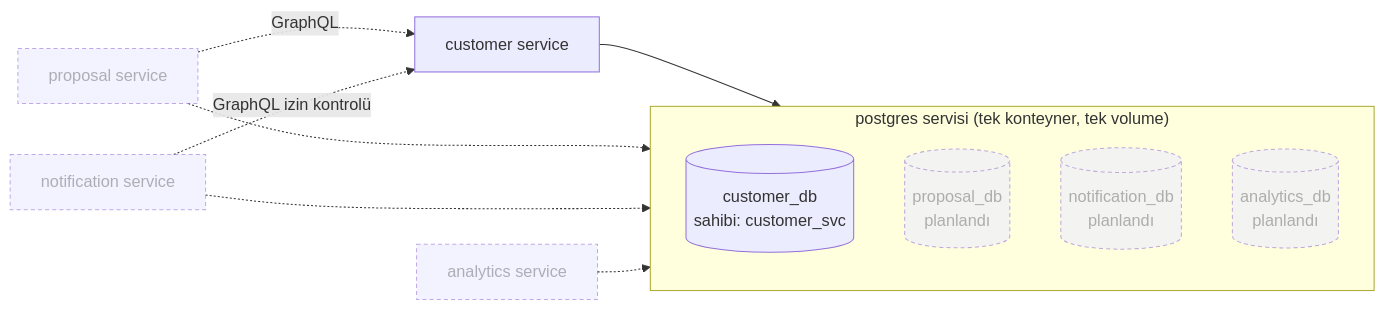
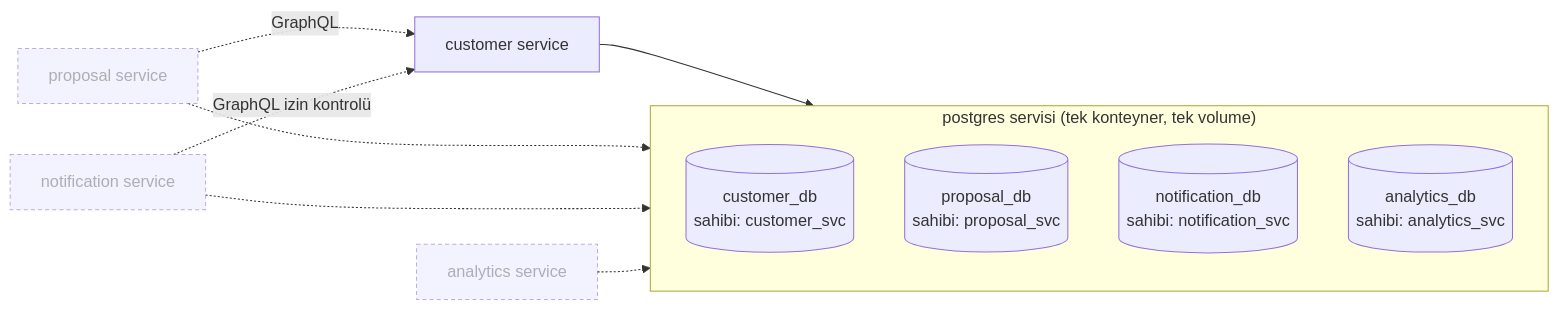
The first of 2 diagrams in docs/database-architecture.md (furknozg/coldbru), drawn with Mermaid before and after one commit. The commit also changed other lines of this file and 6 other files, not shown here.

````diff
--- a/docs/database-architecture.md
+++ b/docs/database-architecture.md
@@ -19,17 +20,17 @@
 ```mermaid
 flowchart LR
     subgraph pg["postgres servisi (tek konteyner, tek volume)"]
         direction TB
         cdb[("customer_db<br/>sahibi: customer_svc")]
-        pdb[("proposal_db<br/>planlandı")]:::planned
-        ndb[("notification_db<br/>planlandı")]:::planned
-        adb[("analytics_db<br/>planlandı")]:::planned
+        pdb[("proposal_db<br/>sahibi: proposal_svc")]
+        ndb[("notification_db<br/>sahibi: notification_svc")]
+        adb[("analytics_db<br/>sahibi: analytics_svc")]
     end
     cs["customer service"] --> cdb
     ps["proposal service"]:::planned -. "GraphQL" .-> cs
     ps -.-> pdb
     ns["notification service"]:::planned -. "GraphQL izin kontrolü" .-> cs
     ns -.-> ndb
     as["analytics service"]:::planned -.-> adb
     classDef planned stroke-dasharray: 4 3,opacity:0.6
 ```
````
